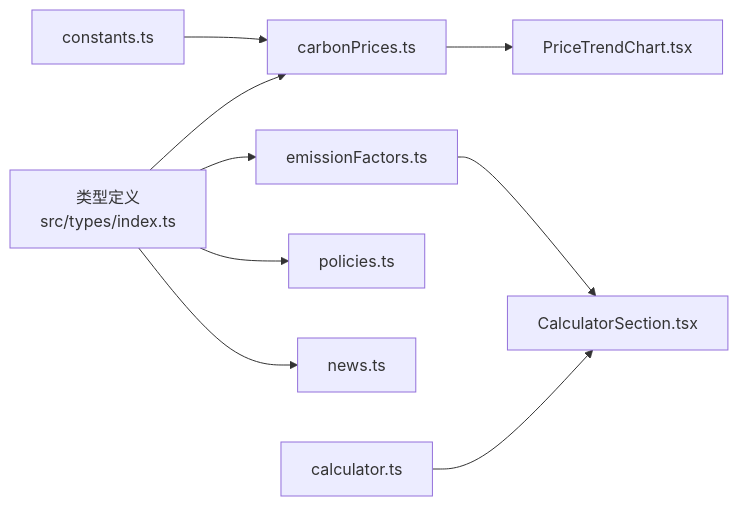
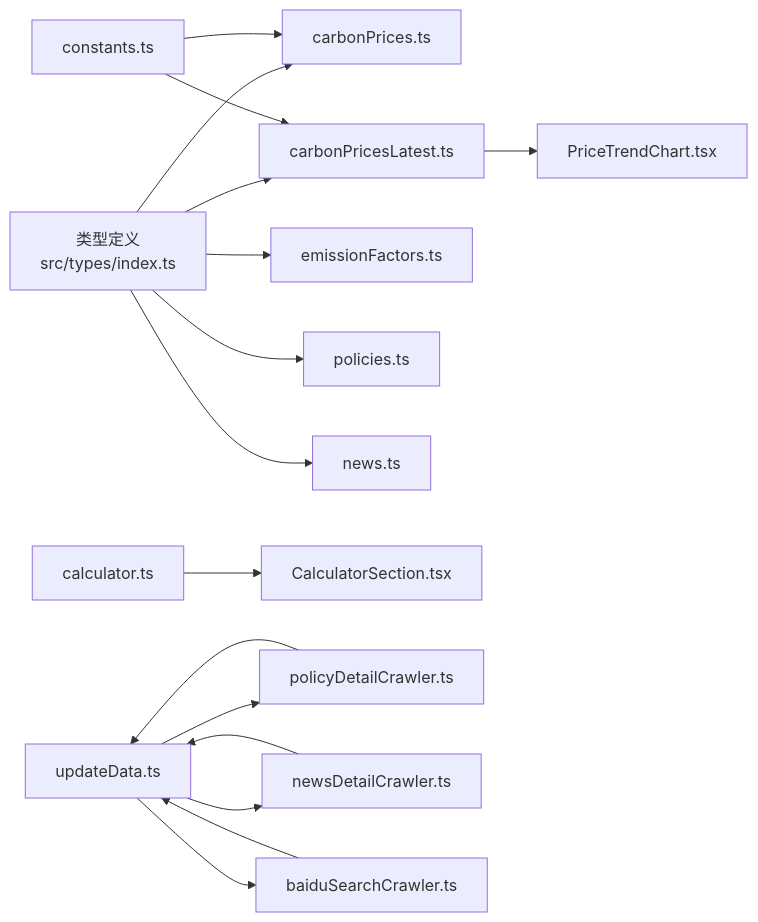
The eighth of 8 diagrams in .qoder/repowiki/zh/content/数据管理/数据处理与转换.md (liangxuanliang-cmd/carbon-info-agent), drawn with Mermaid before and after one commit. The commit also changed other lines of this file and 21 other files, not shown here.

````diff
--- a/.qoder/repowiki/zh/content/数据管理/数据处理与转换.md
+++ b/.qoder/repowiki/zh/content/数据管理/数据处理与转换.md
@@ -285,11 +425,18 @@
 ```mermaid
 graph LR
 Types["类型定义<br/>src/types/index.ts"] --> Data1["carbonPrices.ts"]
-Types --> Data2["emissionFactors.ts"]
-Types --> Data3["policies.ts"]
-Types --> Data4["news.ts"]
+Types --> Data2["carbonPricesLatest.ts"]
+Types --> Data3["emissionFactors.ts"]
+Types --> Data4["policies.ts"]
+Types --> Data5["news.ts"]
 Const["constants.ts"] --> Data1
+Const --> Data2
 UtilsCalc["calculator.ts"] --> CompCalc["CalculatorSection.tsx"]
-Data2 --> CompCalc
-Data1 --> CompChart["PriceTrendChart.tsx"]
+Data2 --> CompChart["PriceTrendChart.tsx"]
+Auto["updateData.ts"] --> Crawler1["policyDetailCrawler.ts"]
+Auto --> Crawler2["newsDetailCrawler.ts"]
+Auto --> Crawler3["baiduSearchCrawler.ts"]
+Crawler1 --> Auto
+Crawler2 --> Auto
+Crawler3 --> Auto
 ```
````
